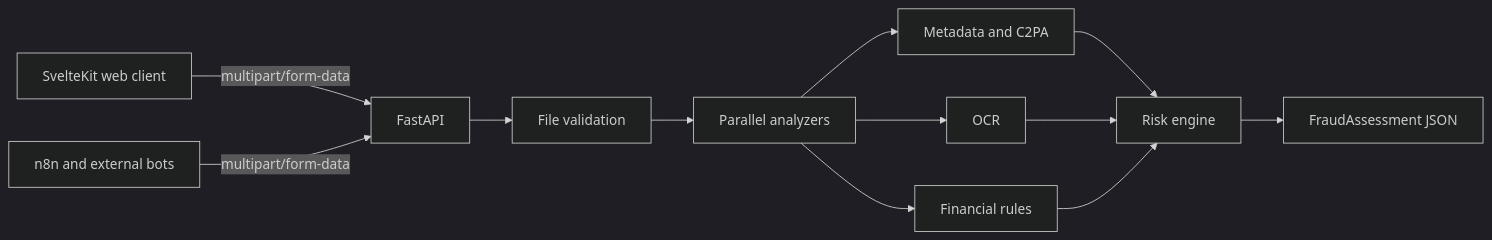
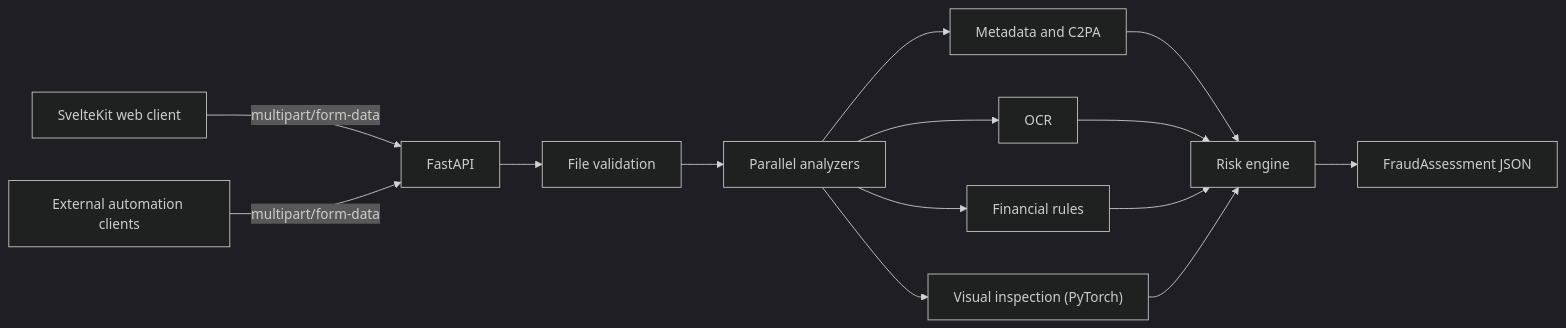
Before and after one commit to montesgp/receipt-risk-detector: the diagram in README.md, drawn with Mermaid (dark theme). The commit also changed other lines of this file and 139 other files, not shown here.

````diff
--- a/README.md
+++ b/README.md
@@ -50,14 +51,16 @@
 ```mermaid
 flowchart LR
     A["SvelteKit web client"] -->|"multipart/form-data"| B["FastAPI"]
-    H["n8n and external bots"] -->|"multipart/form-data"| B
+    H["External automation clients"] -->|"multipart/form-data"| B
     B --> C["File validation"]
     C --> D["Parallel analyzers"]
     D --> E["Metadata and C2PA"]
     D --> F["OCR"]
     D --> G["Financial rules"]
+    D --> K["Visual inspection (PyTorch)"]
     E --> I["Risk engine"]
     F --> I
     G --> I
+    K --> I
     I --> J["FraudAssessment JSON"]
 ```
````
